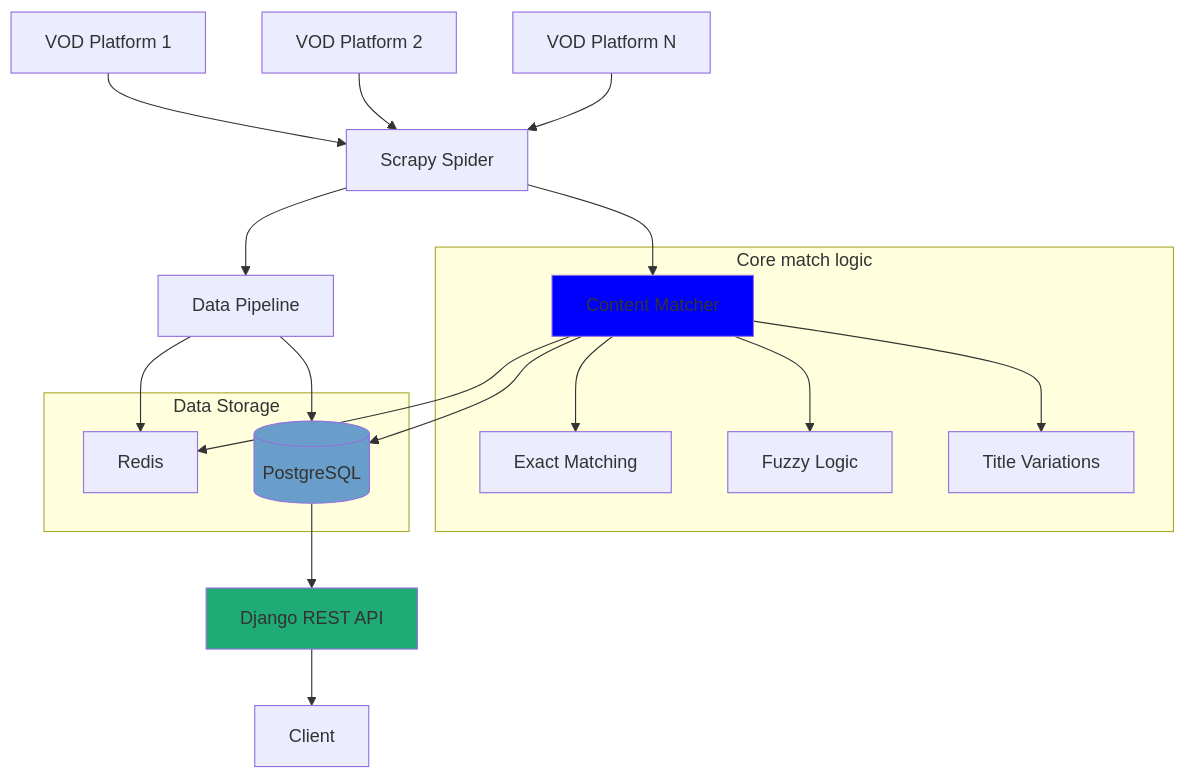
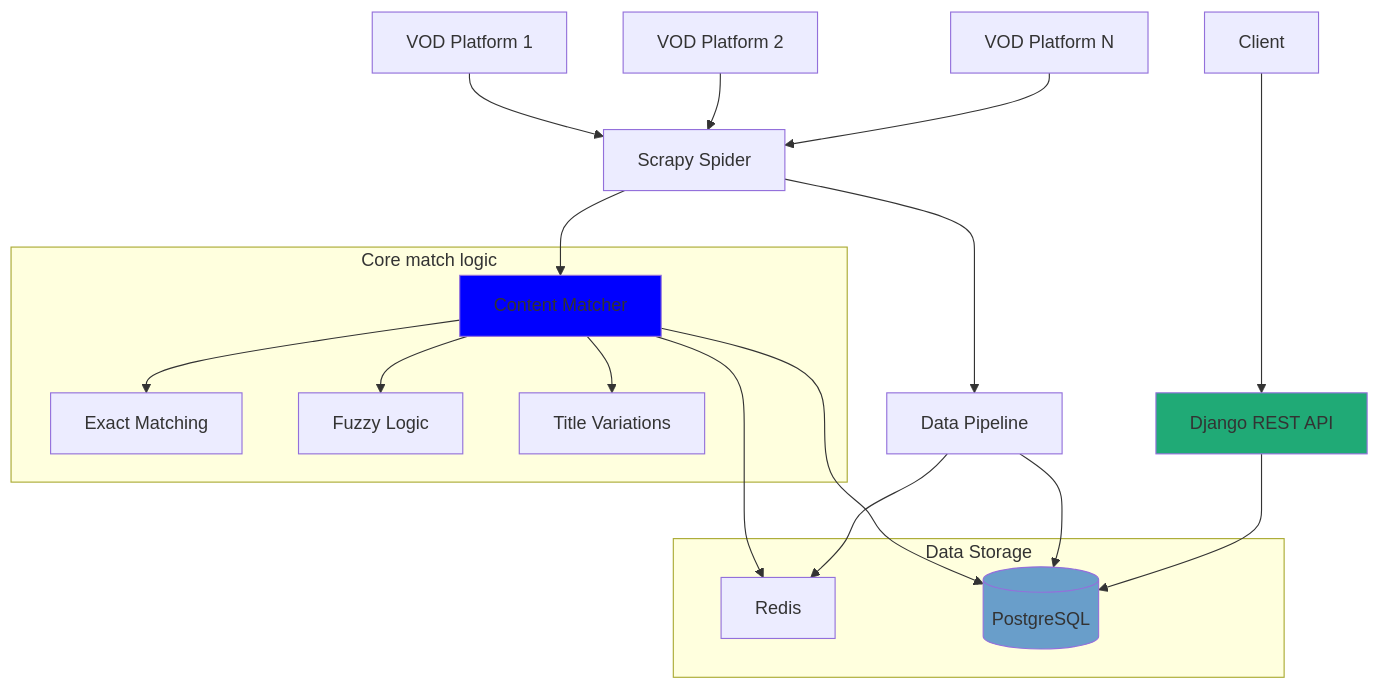
The diagram in README.md (mo1ein/vod_scraper), drawn with Mermaid before and after one commit.

Commit message:
doc: Update mermaid diagram

````diff
--- a/README.md
+++ b/README.md
@@ -8,32 +8,33 @@
 ```mermaid
 graph TB
     A[VOD Platform 1] --> B[Scrapy Spider]
     X[VOD Platform 2] --> B
     Y[VOD Platform N] --> B
     
     B --> F[Content Matcher]
     F --> G[Redis]
-    F --> PostgreSQL[(PostgreSQL)]
+    F ---> PostgreSQL[(PostgreSQL)]
     B --> C[Data Pipeline]
     C[Data Pipeline] --> PostgreSQL[(PostgreSQL)]
     C[Data Pipeline] --> G[Redis]
 
 
-    PostgreSQL[(PostgreSQL)] --> I[Django REST API]
-    I --> J[Client]
+    I --> PostgreSQL[(PostgreSQL)]
+    J[Client] ----> I[Django REST API]
+    
     
     subgraph "Core match logic"
         F --> K[Exact Matching]
         F --> L[Fuzzy Logic]
         F --> N[Title Variations]
     end
     
     subgraph "Data Storage"
         G
         PostgreSQL[(PostgreSQL)]
     end
     
     style F fill:blue
     style I fill:#20aa76
     style PostgreSQL fill:#699eca
 ```
````
